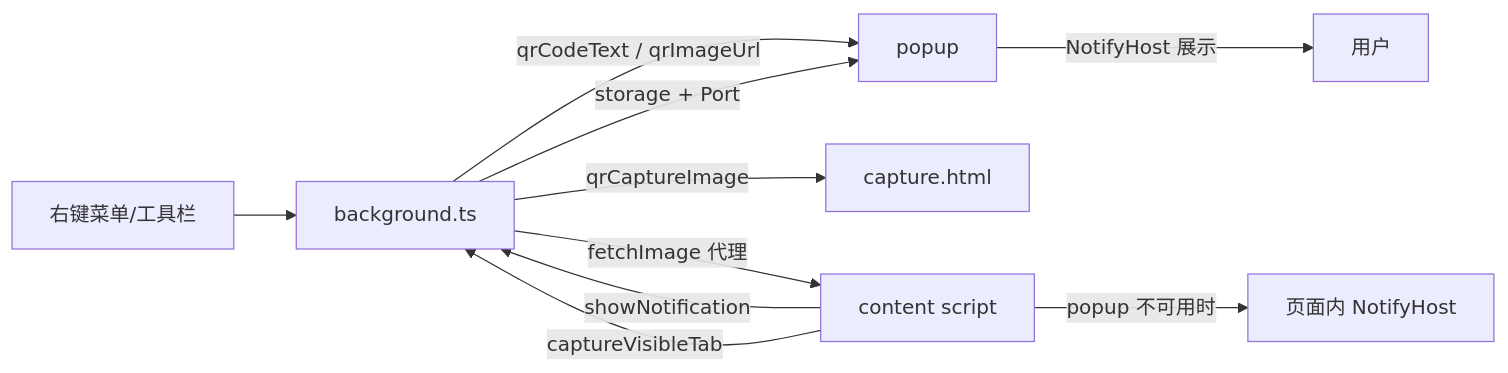
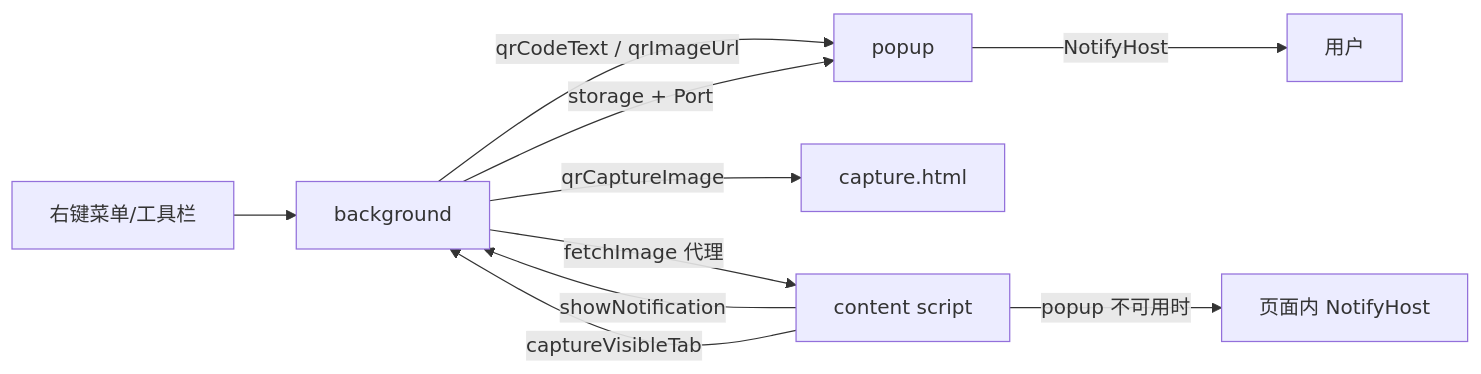
The diagram in AGENTS.md (sherlocknieh/qrcode), drawn with Mermaid before and after one commit. The commit also changed other lines of this file, not shown here.

````diff
--- a/AGENTS.md
+++ b/AGENTS.md
@@ -75,12 +11,12 @@
 ```mermaid
 flowchart LR
-  Menu[右键菜单/工具栏] --> BG[background.ts]
+  Menu[右键菜单/工具栏] --> BG[background]
   BG -->|qrCodeText / qrImageUrl| Popup[popup]
   BG -->|qrCaptureImage| Capture[capture.html]
   Content[content script] -->|showNotification| BG
   BG -->|storage + Port| Popup
-  Popup -->|NotifyHost 展示| User[用户]
-  Content -->|popup 不可用时| NotifyHost[页面内 NotifyHost]
+  Popup -->|NotifyHost| User[用户]
+  Content -->|popup 不可用时| Local[页面内 NotifyHost]
   BG -->|fetchImage 代理| Content
   Content -->|captureVisibleTab| BG
 ```
````
